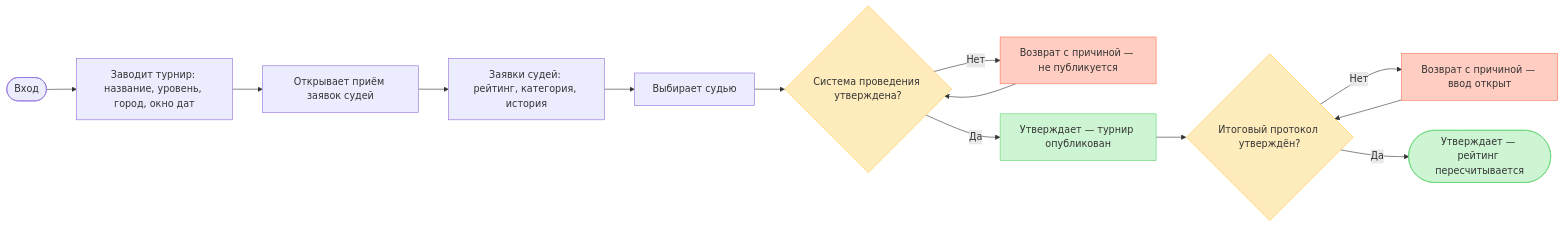
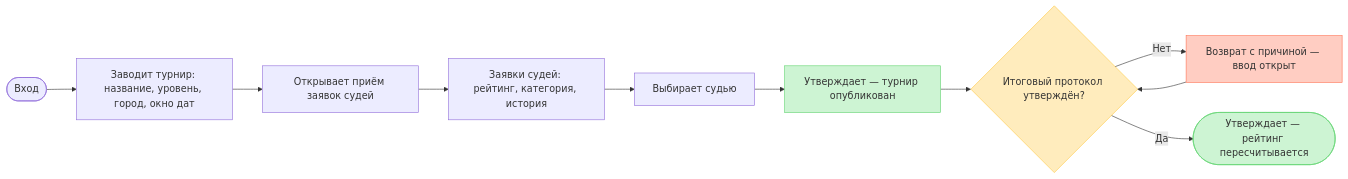
One commit to AssylanAkhanuly/tt_tournament changed the fourth of 12 diagrams in USERFLOW.md. Above: the diagram before and after it, drawn with Mermaid. The commit also changed other lines of this file and 2 other files, not shown here.

First line of the commit message:
документы: USERFLOW и ER приведены в соответствие с ТЗ и domain.d2

````diff
--- a/USERFLOW.md
+++ b/USERFLOW.md
@@ -376,34 +372,27 @@
 ```mermaid
 flowchart LR
     login(["Вход"])
     create["Заводит турнир: название, уровень, город, окно дат"]
     openRef["Открывает приём заявок судей"]
     inbox["Заявки судей: рейтинг, категория, история"]
     pick["Выбирает судью"]
-    gateOrg{"Система проведения утверждена?"}
-    rework["Возврат с причиной — не публикуется"]
     publish["Утверждает — турнир опубликован"]
     gateRes{"Итоговый протокол утверждён?"}
     fix["Возврат с причиной — ввод открыт"]
     accept(["Утверждает — рейтинг пересчитывается"])
 
     login --> create
     create --> openRef
     openRef --> inbox
     inbox --> pick
-    pick --> gateOrg
-    gateOrg -->|"Нет"| rework
-    rework --> gateOrg
-    gateOrg -->|"Да"| publish
+    pick --> publish
     publish --> gateRes
     gateRes -->|"Нет"| fix
     fix --> gateRes
     gateRes -->|"Да"| accept
 
-    style gateOrg fill:#FFECBD,stroke:#FFC943
     style gateRes fill:#FFECBD,stroke:#FFC943
-    style rework fill:#FFCDC2,stroke:#FF7556
     style fix fill:#FFCDC2,stroke:#FF7556
     style publish fill:#CDF4D3,stroke:#66D575
     style accept fill:#CDF4D3,stroke:#66D575
 ```
````
